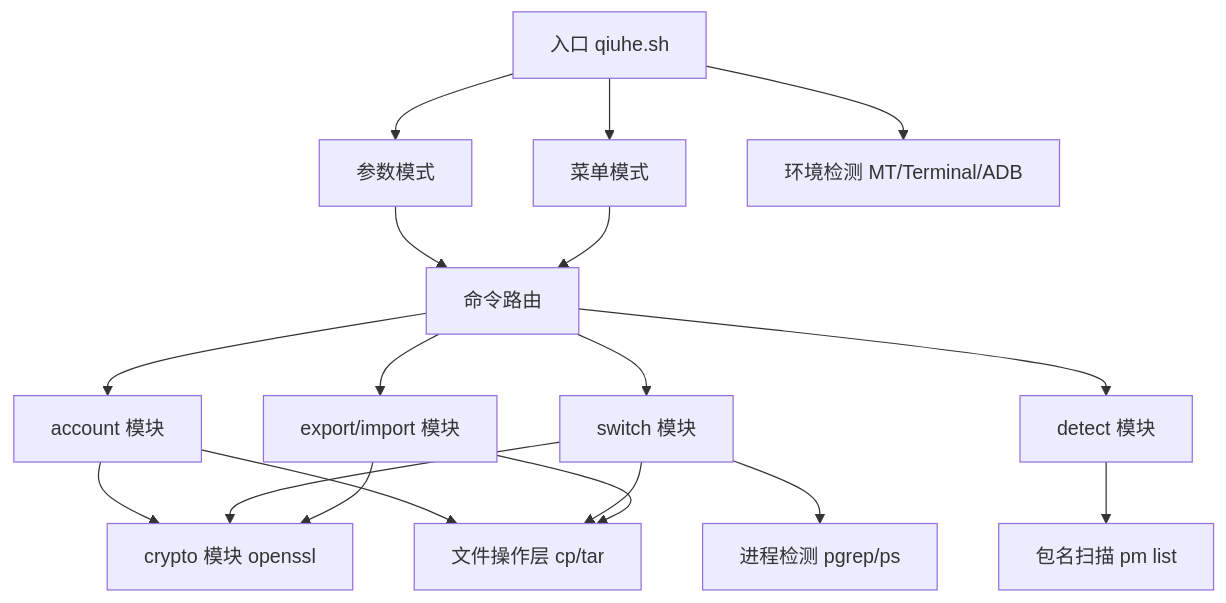
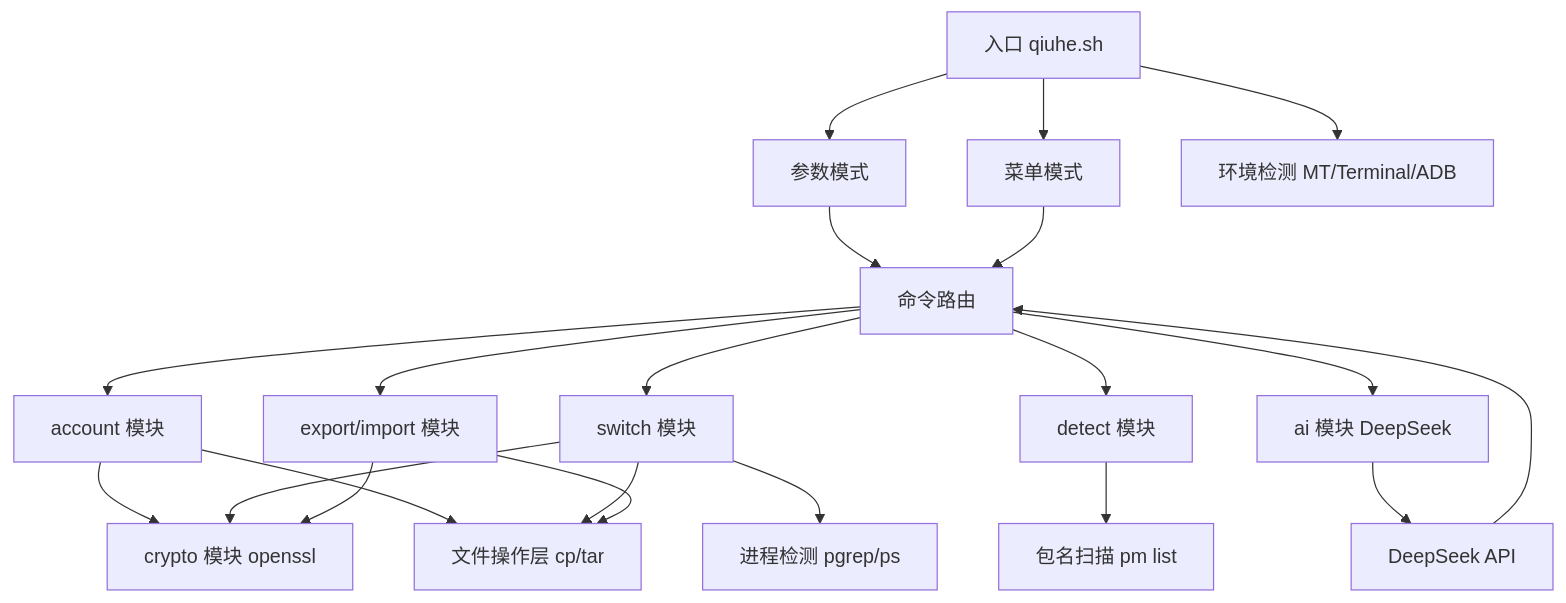
One commit to qinghegege/qiuhemeimei changed the diagram in .monkeycode/specs/game-account-switcher/design.md. Above: the diagram before and after it, drawn with Mermaid. The commit also changed other lines of this file and 19 other files, not shown here.

First line of the commit message:
feat: DeepSeek AI 集成 + 清荷模块重构

````diff
--- a/.monkeycode/specs/game-account-switcher/design.md
+++ b/.monkeycode/specs/game-account-switcher/design.md
@@ -12,20 +12,23 @@
 ```mermaid
 graph TD
     A["入口 qiuhe.sh"] --> B["参数模式"]
     A --> C["菜单模式"]
     B --> D["命令路由"]
     C --> D
     D --> E["account 模块"]
     D --> F["switch 模块"]
     D --> G["detect 模块"]
     D --> H["export/import 模块"]
+    D --> N["ai 模块 DeepSeek"]
     E --> I["crypto 模块 openssl"]
     F --> I
     H --> I
     E --> J["文件操作层 cp/tar"]
     F --> J
     H --> J
     F --> K["进程检测 pgrep/ps"]
     G --> L["包名扫描 pm list"]
     A --> M["环境检测 MT/Terminal/ADB"]
+    N --> O["DeepSeek API"]
+    O --> D
 ```
````
